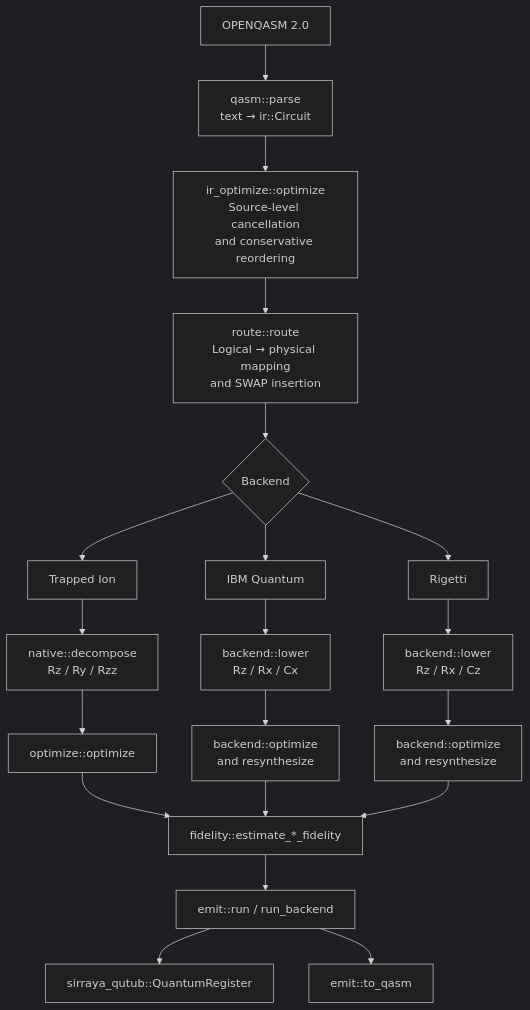
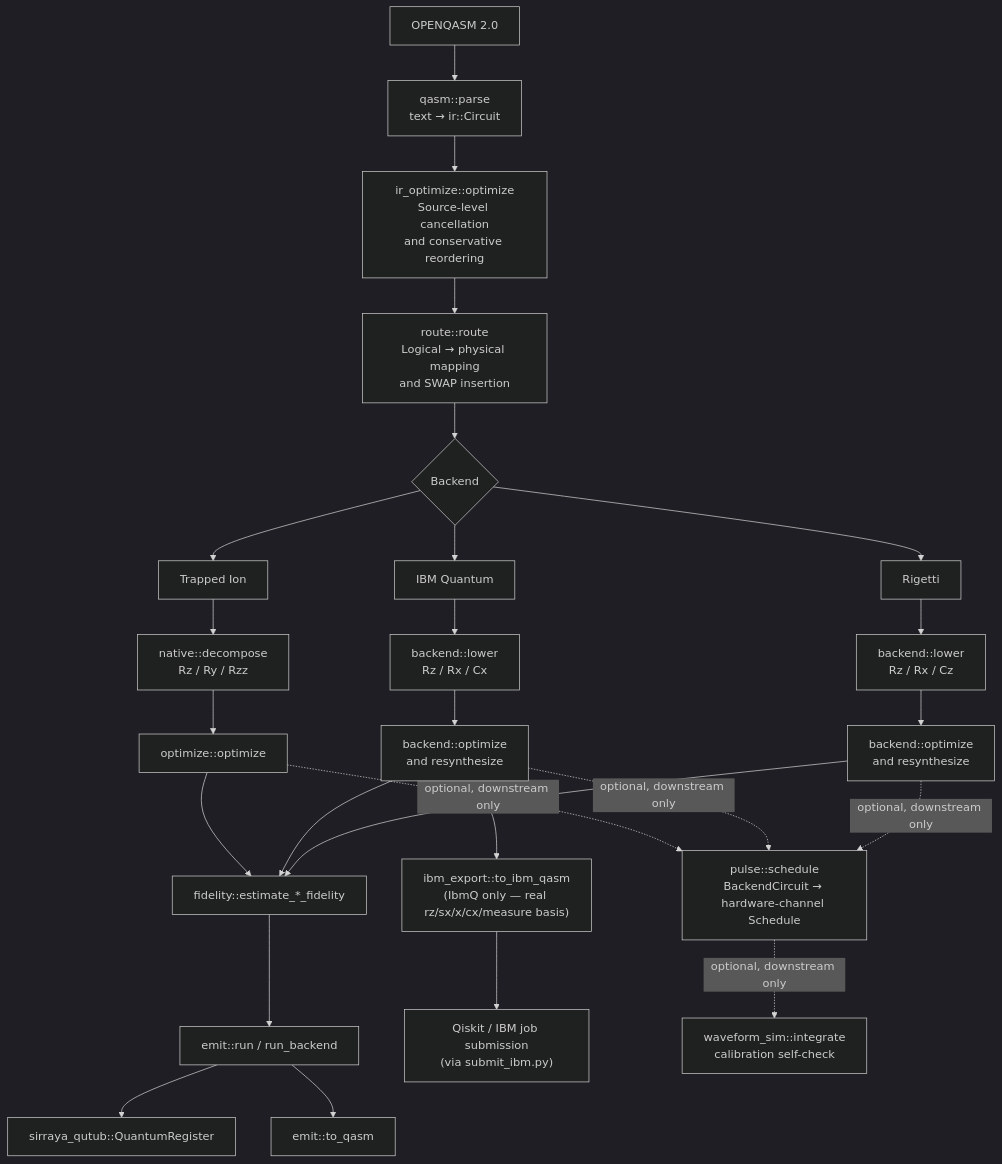
Before and after one commit to sirraya-labs/QuTub-Transpiler: the third of 9 diagrams in ARCHITECTURE.md, drawn with Mermaid (dark theme). The commit also changed other lines of this file, not shown here.

Commit message:
docs: add pulse.rs, waveform_sim.rs, ibm_export.rs to ARCHITECTURE.md module map and pipeline diagram

````diff
--- a/ARCHITECTURE.md
+++ b/ARCHITECTURE.md
@@ -104,31 +107,39 @@
 ```mermaid
 flowchart TD
     A["OPENQASM 2.0"] --> B["qasm::parse<br/>text → ir::Circuit"]
 
     B --> C["ir_optimize::optimize<br/>Source-level cancellation<br/>and conservative reordering"]
 
     C --> D["route::route<br/>Logical → physical mapping<br/>and SWAP insertion"]
 
     D --> E{"Backend"}
 
     E --> TI["Trapped Ion"]
     E --> IBM["IBM Quantum"]
     E --> RIG["Rigetti"]
 
     TI --> TID["native::decompose<br/>Rz / Ry / Rzz"]
     IBM --> IBMD["backend::lower<br/>Rz / Rx / Cx"]
     RIG --> RIGD["backend::lower<br/>Rz / Rx / Cz"]
 
     TID --> TIO["optimize::optimize"]
     IBMD --> IBMO["backend::optimize<br/>and resynthesize"]
     RIGD --> RIGO["backend::optimize<br/>and resynthesize"]
 
     TIO --> F["fidelity::estimate_*_fidelity"]
     IBMO --> F
     RIGO --> F
 
     F --> EXEC["emit::run / run_backend"]
     EXEC --> SIM["sirraya_qutub::QuantumRegister"]
 
     EXEC --> QOUT["emit::to_qasm"]
+
+    IBMO --> IBMEXP["ibm_export::to_ibm_qasm<br/>(IbmQ only — real rz/sx/x/cx/measure basis)"]
+    IBMEXP --> QISKIT["Qiskit / IBM job submission<br/>(via submit_ibm.py)"]
+
+    TIO -.optional, downstream only.-> PULSE["pulse::schedule<br/>BackendCircuit → hardware-channel Schedule"]
+    IBMO -.optional, downstream only.-> PULSE
+    RIGO -.optional, downstream only.-> PULSE
+    PULSE -.optional, downstream only.-> WAVE["waveform_sim::integrate<br/>calibration self-check"]
 ```
````
